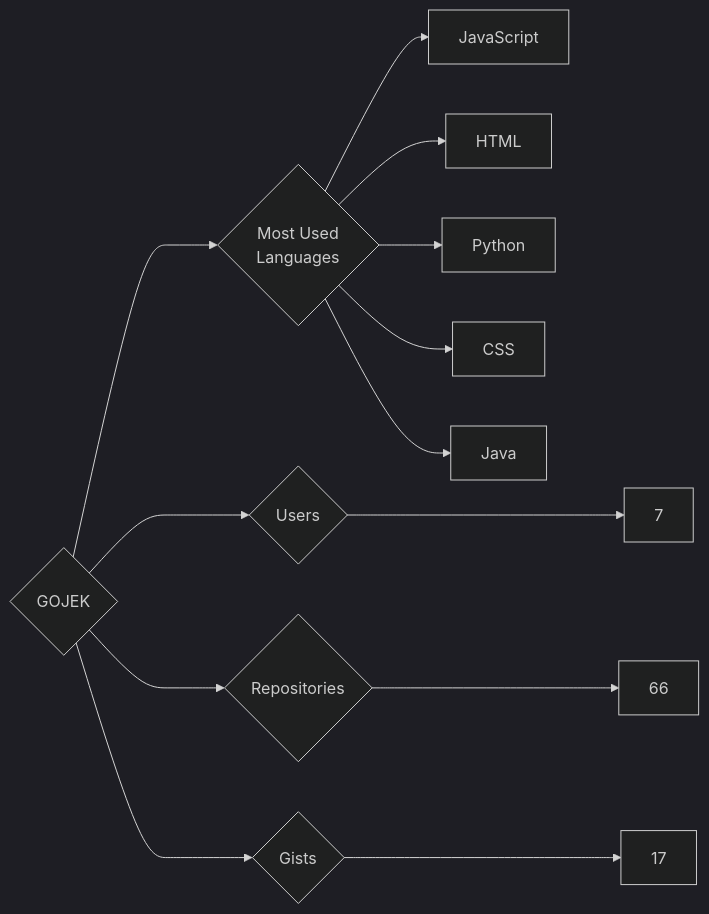
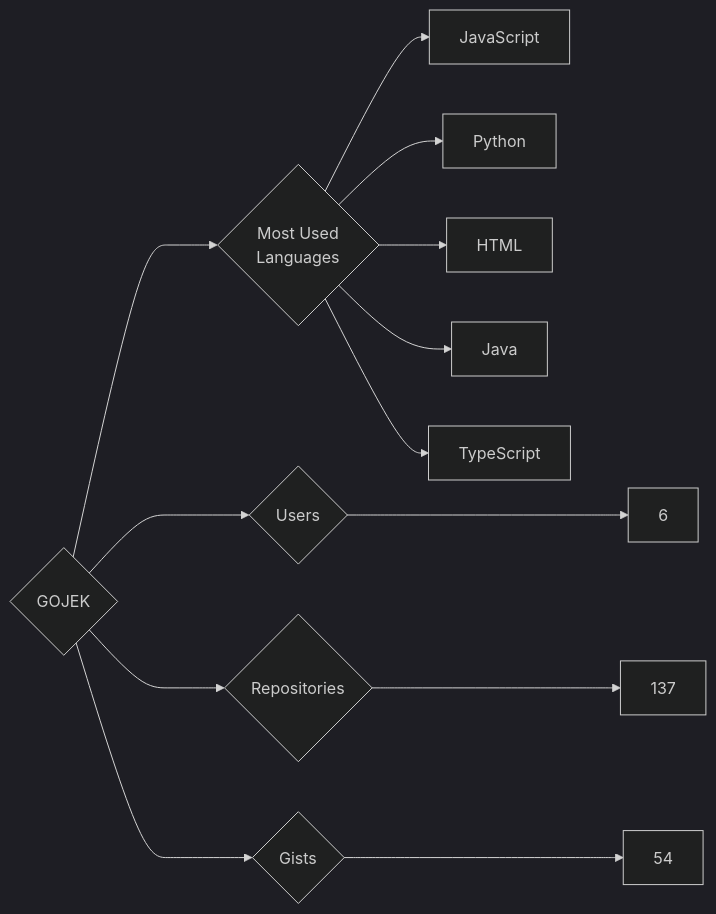
The diagram in targets/GOJEK/README.md (trickest/insiders), drawn with Mermaid (dark theme) before and after one commit. The commit also changed 873 other files, not shown here.

````diff
--- a/targets/GOJEK/README.md
+++ b/targets/GOJEK/README.md
@@ -3,13 +3,13 @@
 ```mermaid
 graph LR
 COMPANY_NAME{GOJEK}
-COMPANY_NAME ---> U{Users} ---> UN[7]
-COMPANY_NAME ---> R{Repositories} ---> RN[66]
-COMPANY_NAME ---> G{Gists} ---> GN[17]
+COMPANY_NAME ---> U{Users} ---> UN[6]
+COMPANY_NAME ---> R{Repositories} ---> RN[137]
+COMPANY_NAME ---> G{Gists} ---> GN[54]
 COMPANY_NAME ---> ML{Most Used<br>Languages}
 ML --> JavaScript[JavaScript]
+ML --> Python[Python]
 ML --> HTML[HTML]
-ML --> Python[Python]
-ML --> CSS[CSS]
 ML --> Java[Java]
+ML --> TypeScript[TypeScript]
 ```
````
